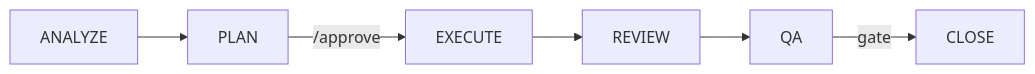
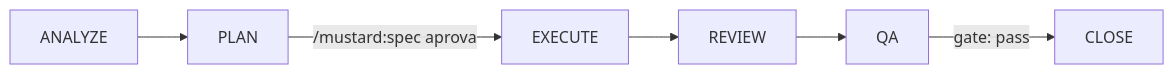
Before and after one commit to rubensrpj/mustard: the second of 20 diagrams in MUSTARD-COMMANDS.md, drawn with Mermaid. The commit also changed other lines of this file and 35 other files, not shown here.

````diff
--- a/MUSTARD-COMMANDS.md
+++ b/MUSTARD-COMMANDS.md
@@ -61,8 +67,8 @@
 ```mermaid
 flowchart LR
     A["ANALYZE"] --> P["PLAN"]
-    P -->|/approve| E["EXECUTE"]
+    P -->|"/mustard:spec aprova"| E["EXECUTE"]
     E --> R["REVIEW"]
     R --> Q["QA"]
-    Q -->|gate| C["CLOSE"]
+    Q -->|"gate: pass"| C["CLOSE"]
 ```
````
